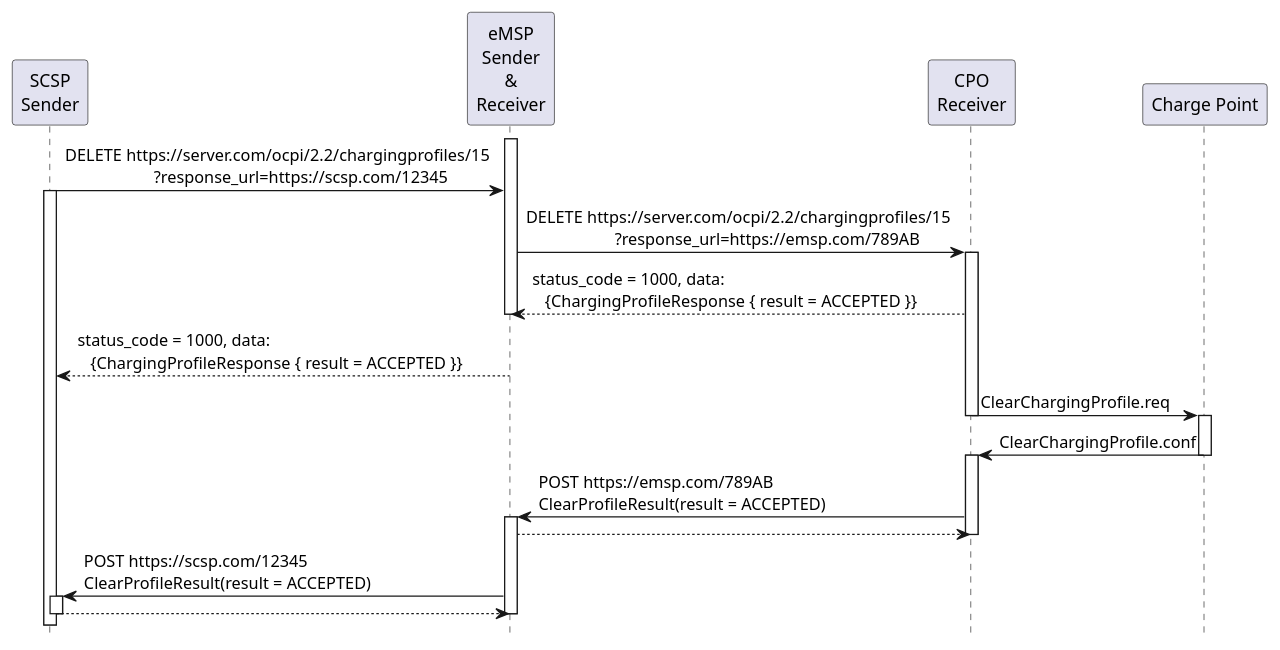
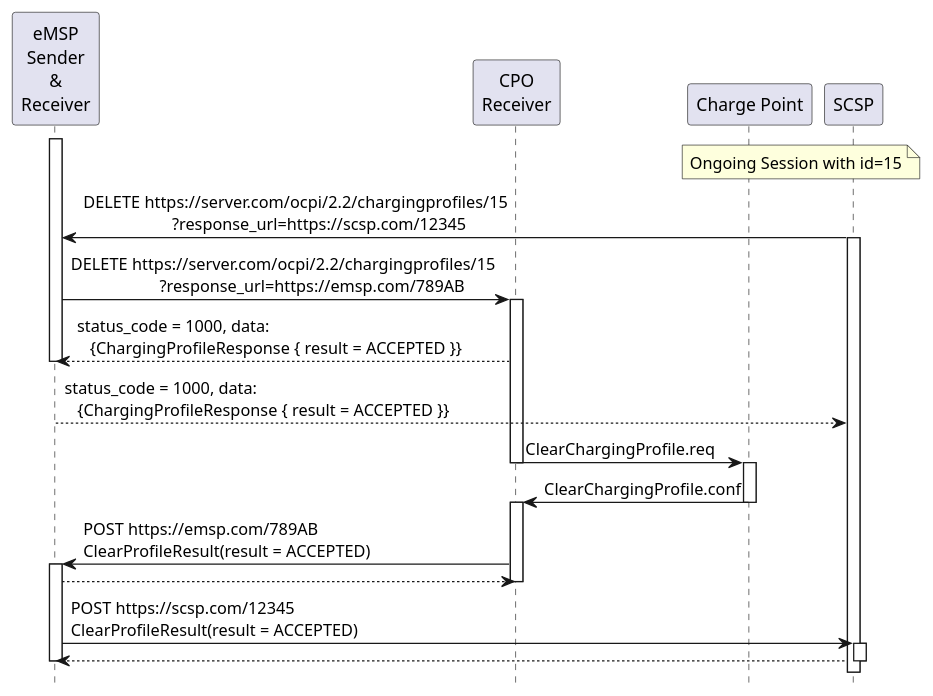
One commit to ocpi/ocpi changed the diagram in plantuml/sd_charging_profile_clear_via_msp.plantuml. Above: the diagram before and after it, drawn with PlantUML. The commit also changed 17 other files, not shown here.

Commit message:
Charging Profiles: Added example sequence diagrams for all use cases

```diff
--- a/plantuml/sd_charging_profile_clear_via_msp.plantuml
+++ b/plantuml/sd_charging_profile_clear_via_msp.plantuml
@@ -1,35 +1,36 @@
 @startuml
 hide footbox
 
-participant "SCSP\nSender" as SCSP
 participant "eMSP\nSender\n&\nReceiver" as eMSP
 participant "CPO\nReceiver" as CPO
 participant "Charge Point" as CP
+
+NOTE over SCSP, CP: Ongoing Session with id=15
 
 activate eMSP
 SCSP -> eMSP: DELETE https:~//server.com/ocpi/2.2/chargingprofiles/15\n                     ?response_url=https:~//scsp.com/12345
 activate SCSP
 eMSP -> CPO: DELETE https:~//server.com/ocpi/2.2/chargingprofiles/15\n                     ?response_url=https:~//emsp.com/789AB
 activate CPO
 CPO  --> eMSP: status_code = 1000, data: \n   {ChargingProfileResponse { result = ACCEPTED }}
 deactivate eMSP
 eMSP  --> SCSP: status_code = 1000, data: \n   {ChargingProfileResponse { result = ACCEPTED }}
 deactivate eMSP
 
 CPO  ->  CP:   ClearChargingProfile.req
 deactivate CPO
 activate CP
 CP   ->  CPO:  ClearChargingProfile.conf
 deactivate CP
 activate CPO
 CPO  ->  eMSP: POST https:~//emsp.com/789AB\nClearProfileResult(result = ACCEPTED)
 activate eMSP
 eMSP --> CPO:
 deactivate CPO
 eMSP  ->  SCSP: POST https:~//scsp.com/12345\nClearProfileResult(result = ACCEPTED)
 activate SCSP
 SCSP --> eMSP:
 deactivate SCSP
 deactivate eMSP
 
 @enduml
```
